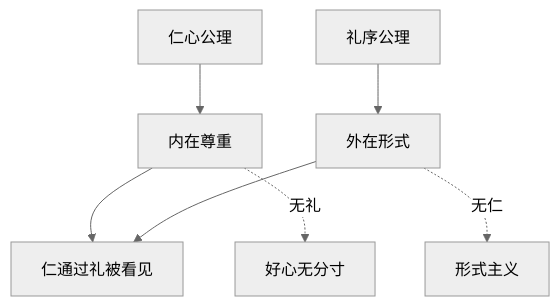
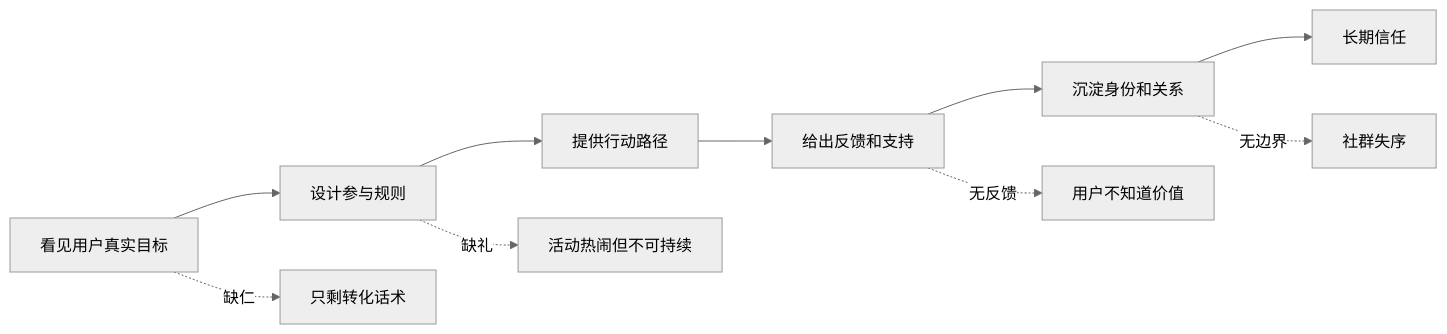
One commit to digoal/blog changed the third of 3 diagrams in 202605/20260518_24.md. Above: the diagram before and after it, drawn with Mermaid (neutral theme). The commit also changed other lines of this file and 26 other files, not shown here.

````diff
--- a/202605/20260518_24.md
+++ b/202605/20260518_24.md
@@ -22,9 +219,13 @@
 ```mermaid
-flowchart TD
-  A["仁心公理"] --> C["内在尊重"]
-  B["礼序公理"] --> D["外在形式"]
-  C --> E["仁通过礼被看见"]
-  D --> E
-  C -. "无礼" .-> F["好心无分寸"]
-  D -. "无仁" .-> G["形式主义"]
+flowchart LR
+  A["看见用户真实目标"] --> B["设计参与规则"]
+  B --> C["提供行动路径"]
+  C --> D["给出反馈和支持"]
+  D --> E["沉淀身份和关系"]
+  E --> F["长期信任"]
+
+  A -. "缺仁" .-> G["只剩转化话术"]
+  B -. "缺礼" .-> H["活动热闹但不可持续"]
+  D -. "无反馈" .-> I["用户不知道价值"]
+  E -. "无边界" .-> J["社群失序"]
 ```
````
